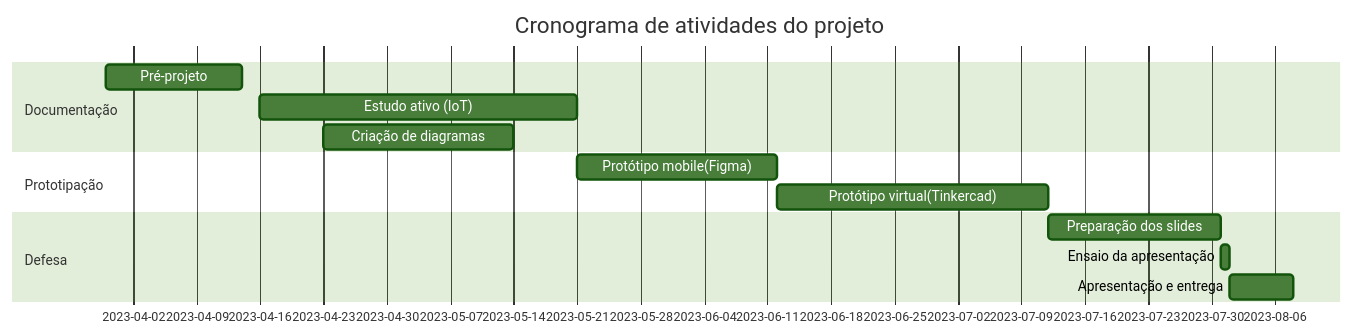
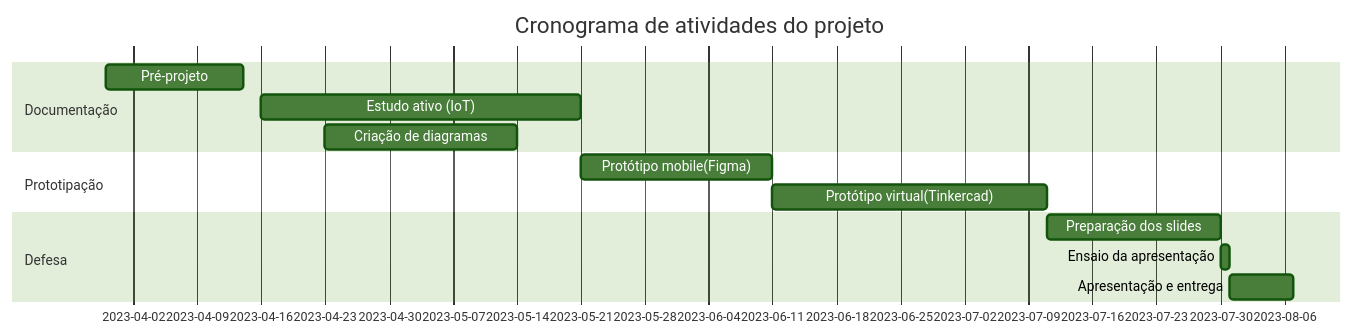
The diagram in README.md (AgathaSena/Projeto-Integrador-II), drawn with Mermaid (forest theme) before and after one commit.

````diff
--- a/README.md
+++ b/README.md
@@ -6,16 +6,16 @@
  ```mermaid
     gantt
     title Cronograma de atividades do projeto
     dateFormat  YYYY-MM-DD
     section Documentação
     Pré-projeto     :a1,  2023-03-30, 15d
     Estudo ativo (IoT)   :a2, 2023-04-16, 35d
     Criação de diagramas     :c3,  2023-04-23, 21d
     section Prototipação
-    Protótipo mobile(Figma)      :c1, after a2, 22d
+    Protótipo mobile(Figma)      :c1, after a2, 21d
     Protótipo virtual(Tinkercad)      :c2, after c1, 30d
     section Defesa
     Preparação dos slides :p1, after c2, 19d
     Ensaio da apresentação :p2, after p1, 01d
     Apresentação e entrega  :p3, after p2, 07d
 ``` 
````
